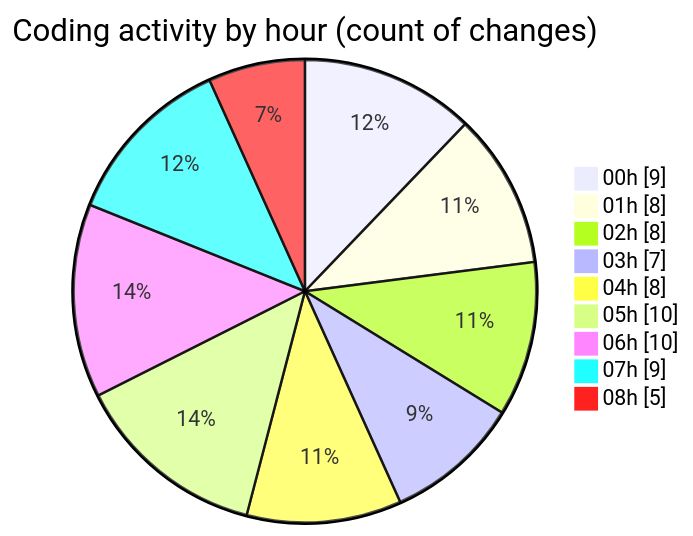
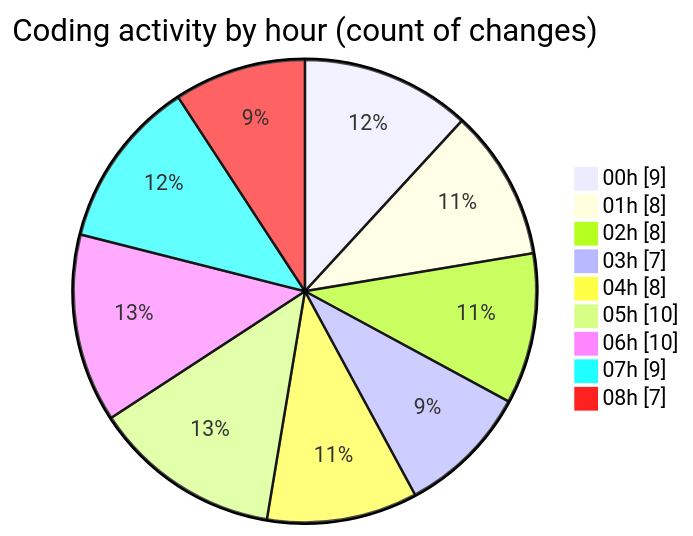
One commit to jrari/code-tracking changed the second of 2 diagrams in 2025-07-14/telebot/README.md. Above: the diagram before and after it, drawn with Mermaid. The commit also changed other lines of this file and 1 other file, not shown here.

````diff
--- a/2025-07-14/telebot/README.md
+++ b/2025-07-14/telebot/README.md
@@ -57,13 +58,13 @@
 ```mermaid
 pie showData
 title Coding activity by hour (count of changes)
 "00h" : 9
 "01h" : 8
 "02h" : 8
 "03h" : 7
 "04h" : 8
 "05h" : 10
 "06h" : 10
 "07h" : 9
-"08h" : 5
+"08h" : 7
 ```
````
